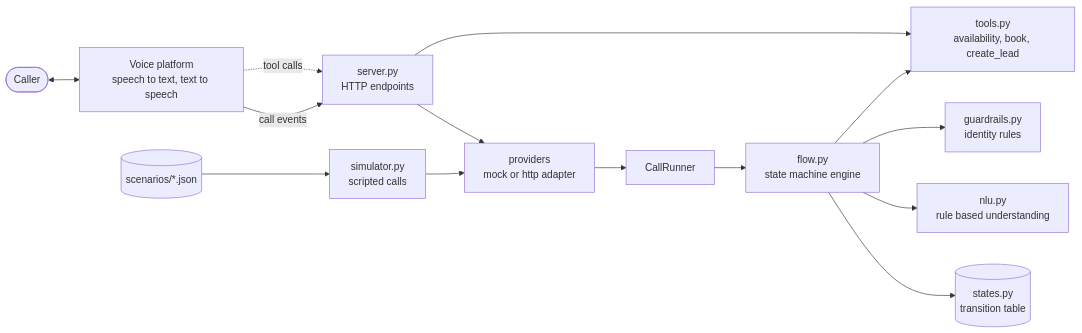
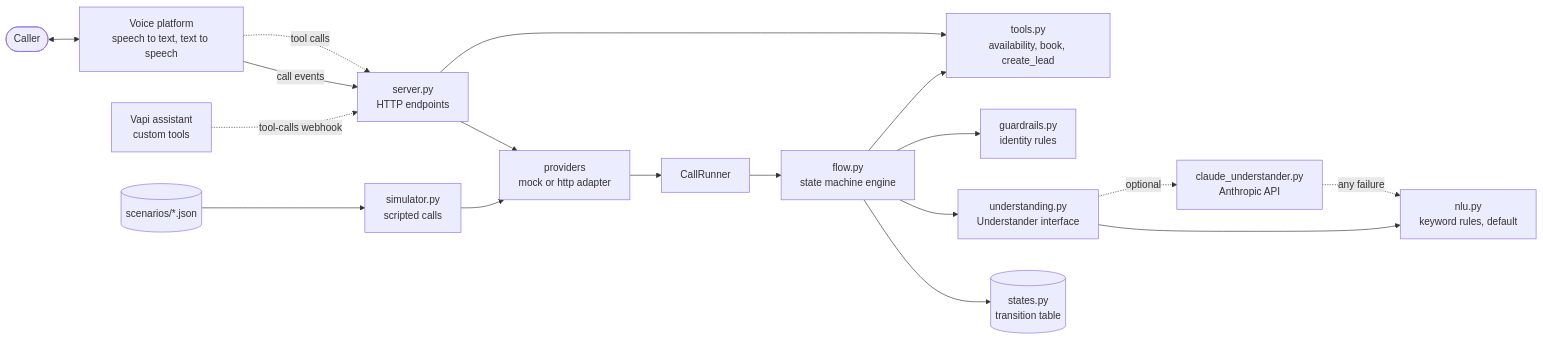
Before and after one commit to midcityhandyman/ai-receptionist-starter: the first of 2 diagrams in README.md, drawn with Mermaid. The commit also changed other lines of this file and 24 other files, not shown here.

````diff
--- a/README.md
+++ b/README.md
@@ -83,16 +112,20 @@
 ```mermaid
 flowchart LR
     caller([Caller]) <--> platform[Voice platform<br/>speech to text, text to speech]
     platform -- "call events" --> server[server.py<br/>HTTP endpoints]
     platform -. "tool calls" .-> server
+    vapi[Vapi assistant<br/>custom tools] -. "tool-calls webhook" .-> server
     server --> adapter[providers<br/>mock or http adapter]
     adapter --> runner[CallRunner]
     runner --> flow[flow.py<br/>state machine engine]
     flow --> states[(states.py<br/>transition table)]
-    flow --> nlu[nlu.py<br/>rule based understanding]
+    flow --> und[understanding.py<br/>Understander interface]
+    und --> nlu[nlu.py<br/>keyword rules, default]
+    und -. "optional" .-> claude[claude_understander.py<br/>Anthropic API]
+    claude -. "any failure" .-> nlu
     flow --> guard[guardrails.py<br/>identity rules]
     flow --> tools[tools.py<br/>availability, book, create_lead]
     server --> tools
     sim[simulator.py<br/>scripted calls] --> adapter
     scenarios[(scenarios/*.json)] --> sim
 ```
````
